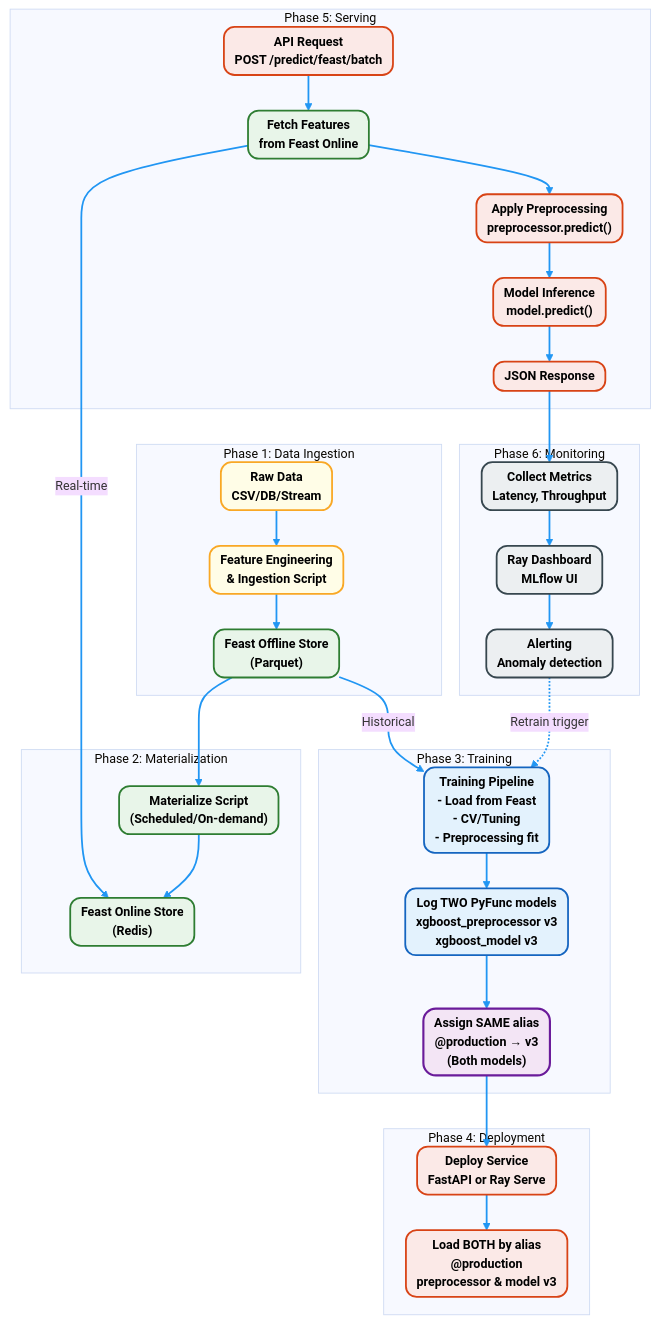
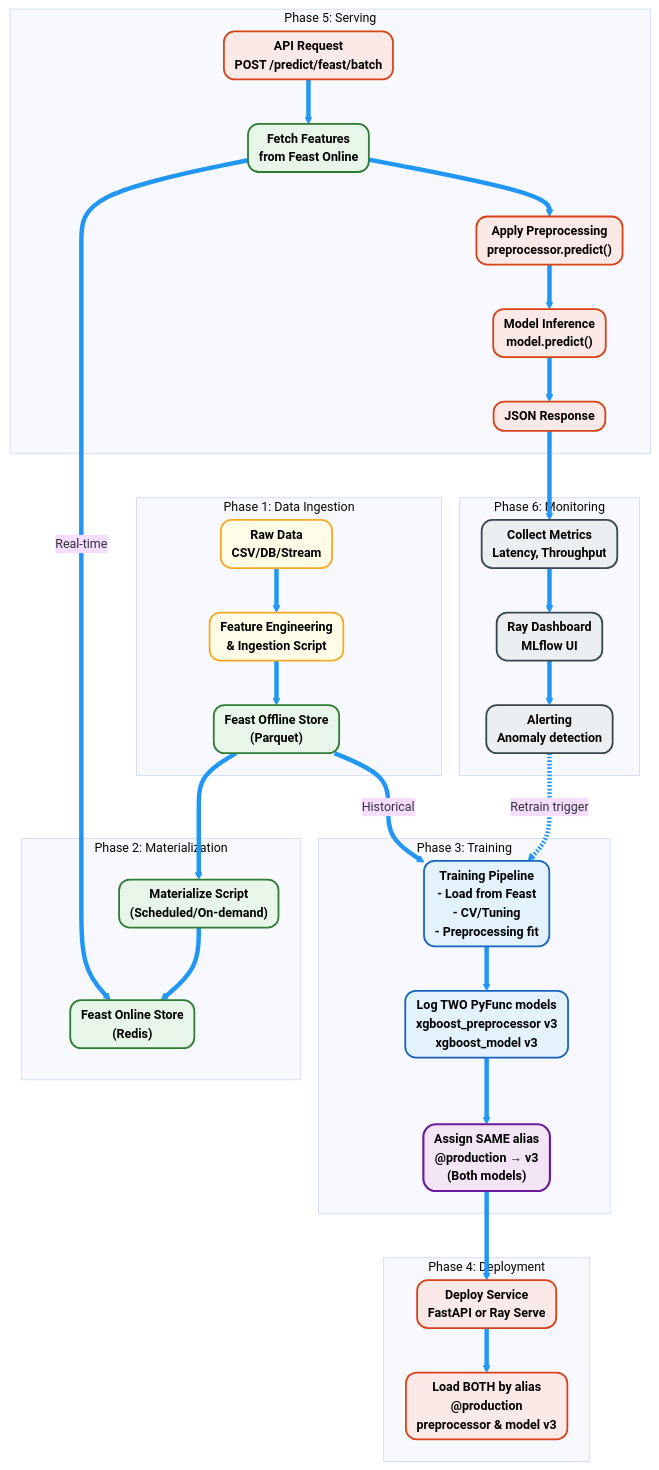
One commit to bambootran89/ml_pipeline_template changed the fifth of 5 diagrams in docs/architecture.md. Above: the diagram before and after it, drawn with Mermaid. The commit also changed other lines of this file and 1 other file, not shown here.

````diff
--- a/docs/architecture.md
+++ b/docs/architecture.md
@@ -421,7 +423,7 @@
   "theme": "base",
   "flowchart": {
     "nodeSpacing": 30,
-    "rankSpacing": 40,
+    "rankSpacing": 50,
     "curve": "basis",
     "padding": 6
   },
@@ -510,5 +512,5 @@
     Alert -.->|"Retrain trigger"| Pipeline
 
     %% Edge styling
-    linkStyle default stroke:#2196f3,stroke-width:2px
+    linkStyle default stroke:#2196f3,stroke-width:5px
 ```
````
